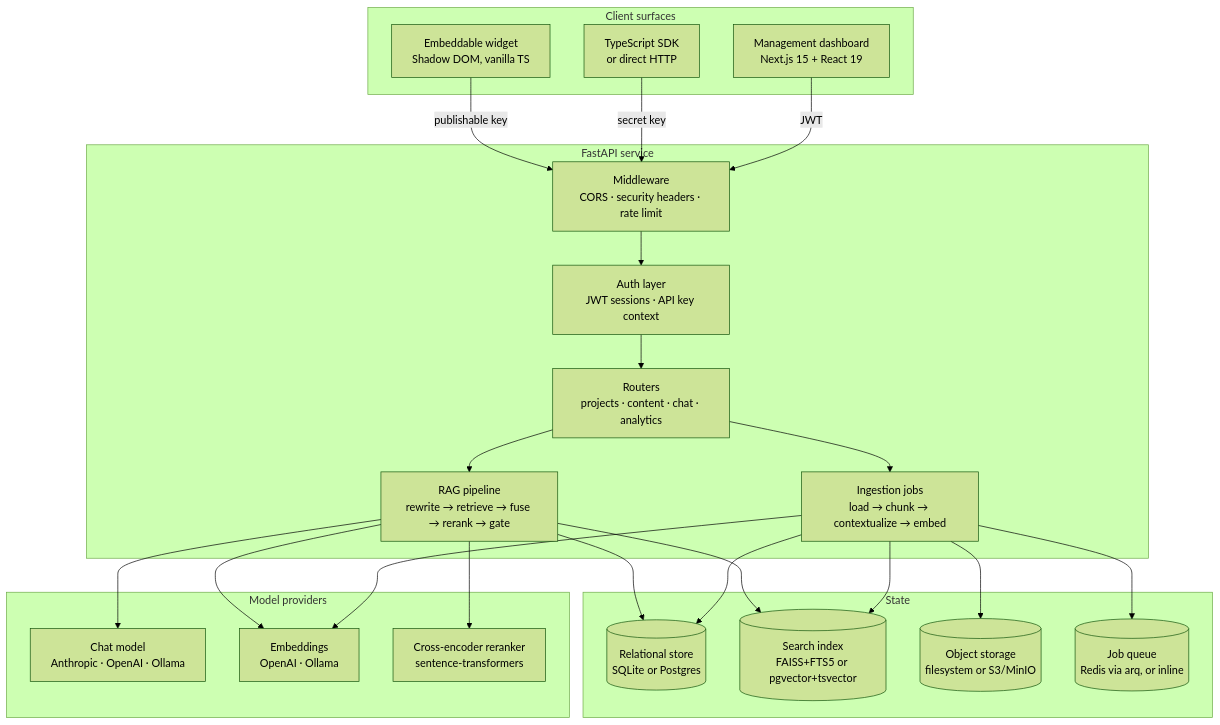
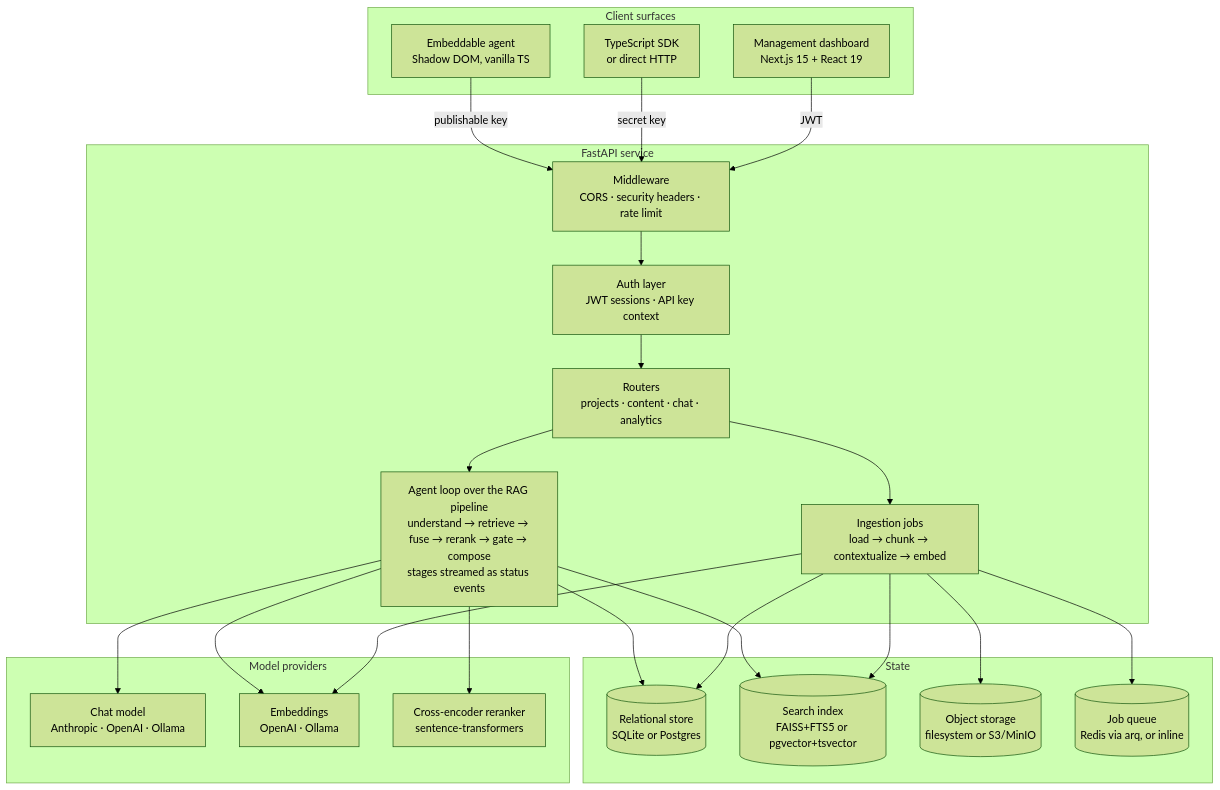
One commit to ShiYu0318/EmbAId-Agent changed the first of 5 diagrams in README.md. Above: the diagram before and after it, drawn with Mermaid (forest theme). The commit also changed other lines of this file, not shown here.

First line of the commit message:
docs: rewrite the README around the agent loop and the RAG pipeline

````diff
--- a/README.md
+++ b/README.md
@@ -101,46 +142,46 @@
 ```mermaid
 flowchart TB
     subgraph clients["Client surfaces"]
-        widget["Embeddable widget<br/>Shadow DOM, vanilla TS"]
+        widget["Embeddable agent<br/>Shadow DOM, vanilla TS"]
         dash["Management dashboard<br/>Next.js 15 + React 19"]
         sdk["TypeScript SDK<br/>or direct HTTP"]
     end
 
     subgraph api["FastAPI service"]
         mw["Middleware<br/>CORS · security headers · rate limit"]
         auth["Auth layer<br/>JWT sessions · API key context"]
         routers["Routers<br/>projects · content · chat · analytics"]
-        rag["RAG pipeline<br/>rewrite → retrieve → fuse → rerank → gate"]
+        rag["Agent loop over the RAG pipeline<br/>understand → retrieve → fuse → rerank → gate → compose<br/>stages streamed as status events"]
         jobs["Ingestion jobs<br/>load → chunk → contextualize → embed"]
     end
 
     subgraph stores["State"]
         rdb[("Relational store<br/>SQLite or Postgres")]
         idx[("Search index<br/>FAISS+FTS5 or pgvector+tsvector")]
         obj[("Object storage<br/>filesystem or S3/MinIO")]
         queue[("Job queue<br/>Redis via arq, or inline")]
     end
 
     subgraph providers["Model providers"]
         chat["Chat model<br/>Anthropic · OpenAI · Ollama"]
         embed["Embeddings<br/>OpenAI · Ollama"]
         rerank["Cross-encoder reranker<br/>sentence-transformers"]
     end
 
     widget -->|"publishable key"| mw
     sdk -->|"secret key"| mw
     dash -->|"JWT"| mw
     mw --> auth --> routers
     routers --> rag
     routers --> jobs
     rag --> rdb
     rag --> idx
     rag --> chat
     rag --> embed
     rag --> rerank
     jobs --> queue
     jobs --> obj
     jobs --> rdb
     jobs --> idx
     jobs --> embed
 ```
````
